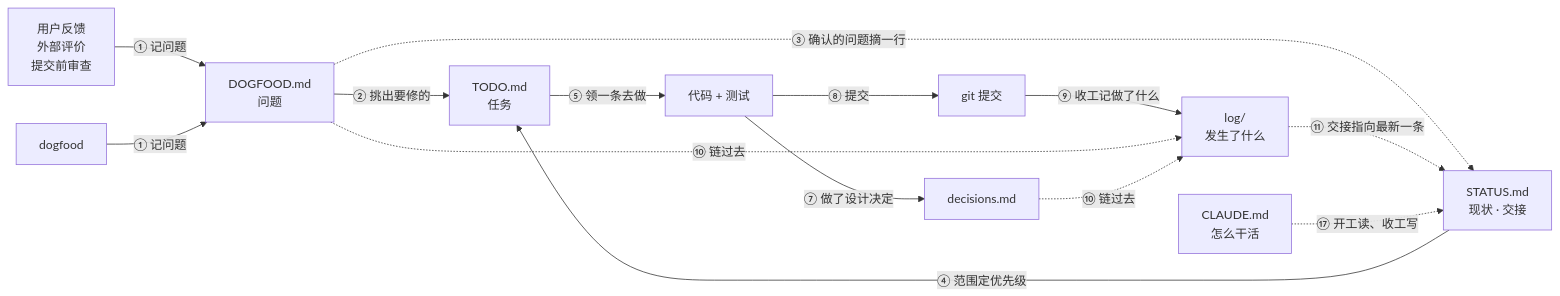
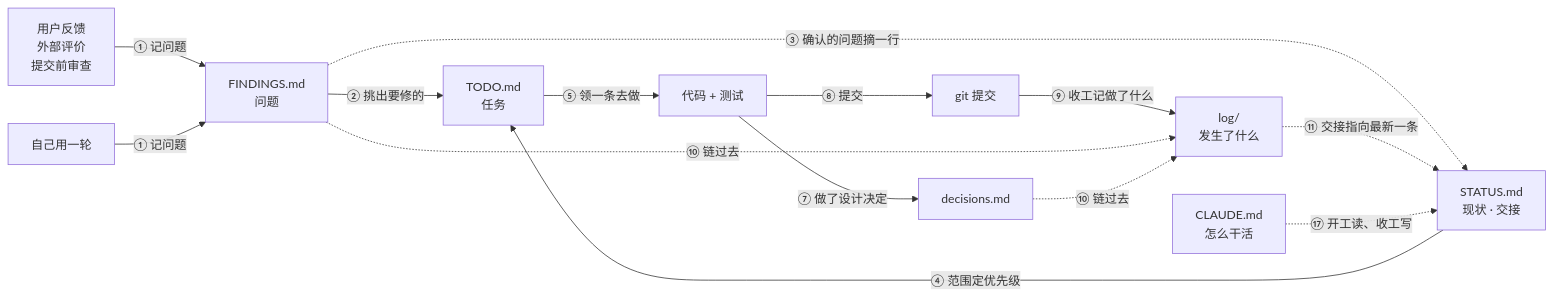
Before and after one commit to noviorlu/codestrata: the first of 2 diagrams in docs/README.md, drawn with Mermaid. The commit also changed other lines of this file and 5 other files, not shown here.

First line of the commit message:
Docs: rename DOGFOOD.md to FINDINGS.md

````diff
--- a/docs/README.md
+++ b/docs/README.md
@@ -32,16 +32,16 @@
 ```mermaid
 flowchart LR
   FB["用户反馈<br/>外部评价<br/>提交前审查"] -->|"① 记问题"| DF
-  DOG["dogfood"] -->|"① 记问题"| DF
-  DF["DOGFOOD.md<br/>问题"] -->|"② 挑出要修的"| TD["TODO.md<br/>任务"]
+  DOG["自己用一轮"] -->|"① 记问题"| DF
+  DF["FINDINGS.md<br/>问题"] -->|"② 挑出要修的"| TD["TODO.md<br/>任务"]
   DF -.->|"③ 确认的问题摘一行"| ST
   ST["STATUS.md<br/>现状 · 交接"] -->|"④ 范围定优先级"| TD
   TD -->|"⑤ 领一条去做"| CODE["代码 + 测试"]
   CODE -->|"⑦ 做了设计决定"| DC["decisions.md"]
   CODE -->|"⑧ 提交"| GIT["git 提交"]
   GIT -->|"⑨ 收工记做了什么"| LG["log/<br/>发生了什么"]
   DF -.->|"⑩ 链过去"| LG
   DC -.->|"⑩ 链过去"| LG
   LG -.->|"⑪ 交接指向最新一条"| ST
   CL["CLAUDE.md<br/>怎么干活"] -.->|"⑰ 开工读、收工写"| ST
 ```
````
